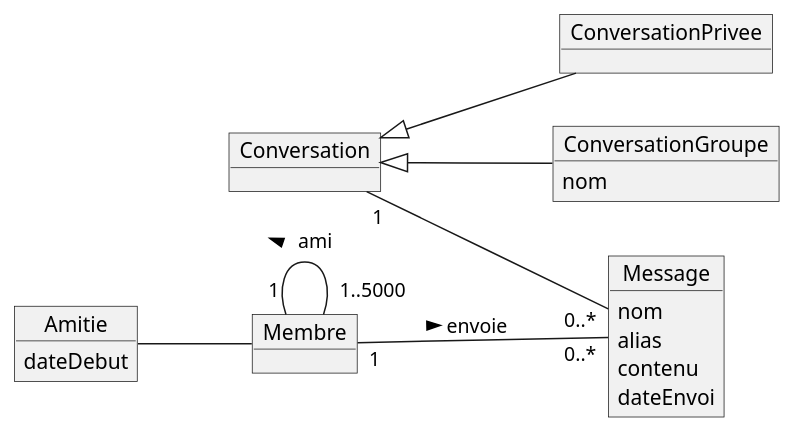
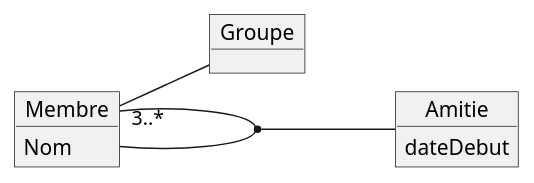
One commit to AlimouDiallo367/1SY-AnalyseObjet changed the diagram in UML/Exercices03/question03.wsd. Above: the diagram before and after it, drawn with PlantUML. The commit also changed 9 other files, not shown here.

```diff
--- a/UML/Exercices03/question03.wsd
+++ b/UML/Exercices03/question03.wsd
@@ -1,31 +1,21 @@
 @startuml
 left to right direction
 ' Membre
 ' Conversation 
 ' Message
 ' Amitie 
 
 object Membre 
 object Amitie
-object Conversation
-object ConversationPrivee
-object ConversationGroupe
-object Message
+object Groupe
 
-Message : nom 
-Message : alias 
 
 Amitie : dateDebut
+Membre : Nom
 
-ConversationGroupe : nom
 
-Message : contenu 
-Message : dateEnvoi
+' Membre "1" --  Membre : ami >
+(Membre,Membre) "1" -- "1..5000" Amitie 
+Membre "3..*" --  Groupe
 
-Membre "1" -- "1..5000" Membre : ami >
-Amitie -- Membre
-Conversation <|-- ConversationPrivee
-Conversation <|-- ConversationGroupe
-Conversation "1" -- "0..*" Message
-Membre "1" -- "0..*" Message : envoie >
 @enduml
```
